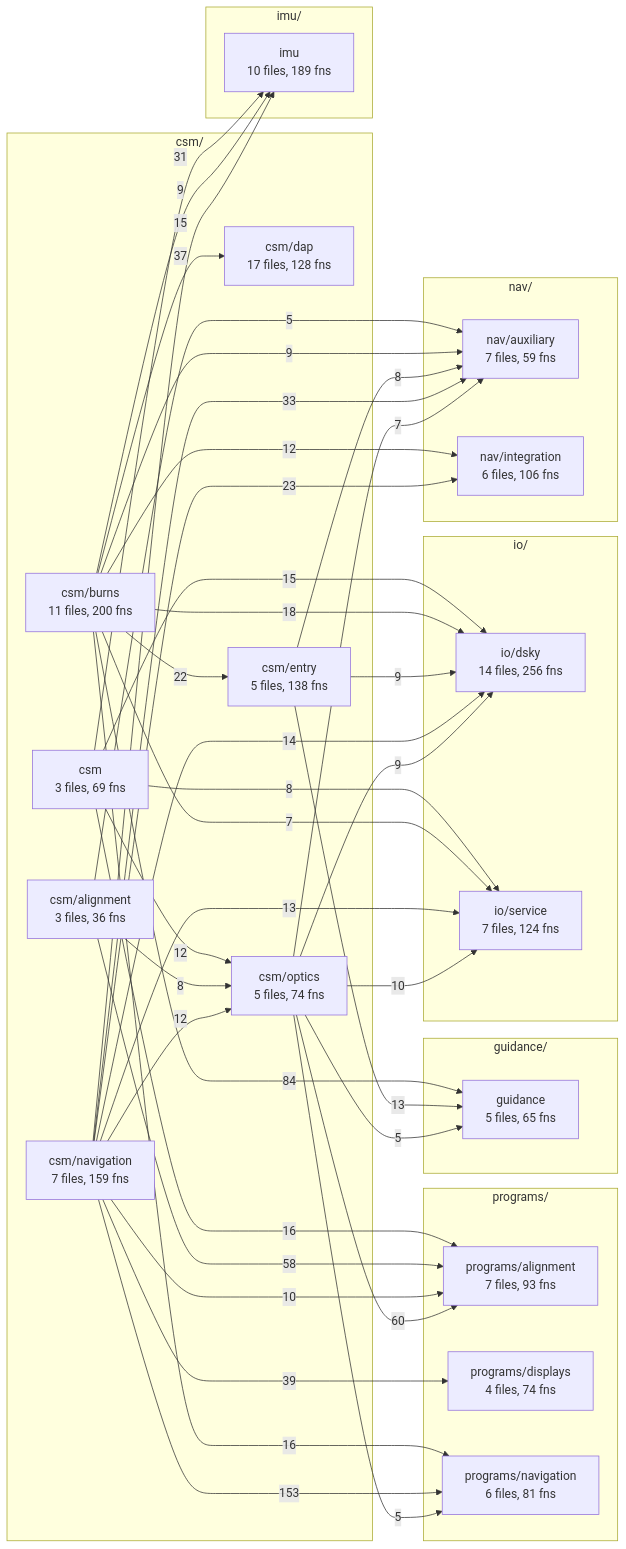
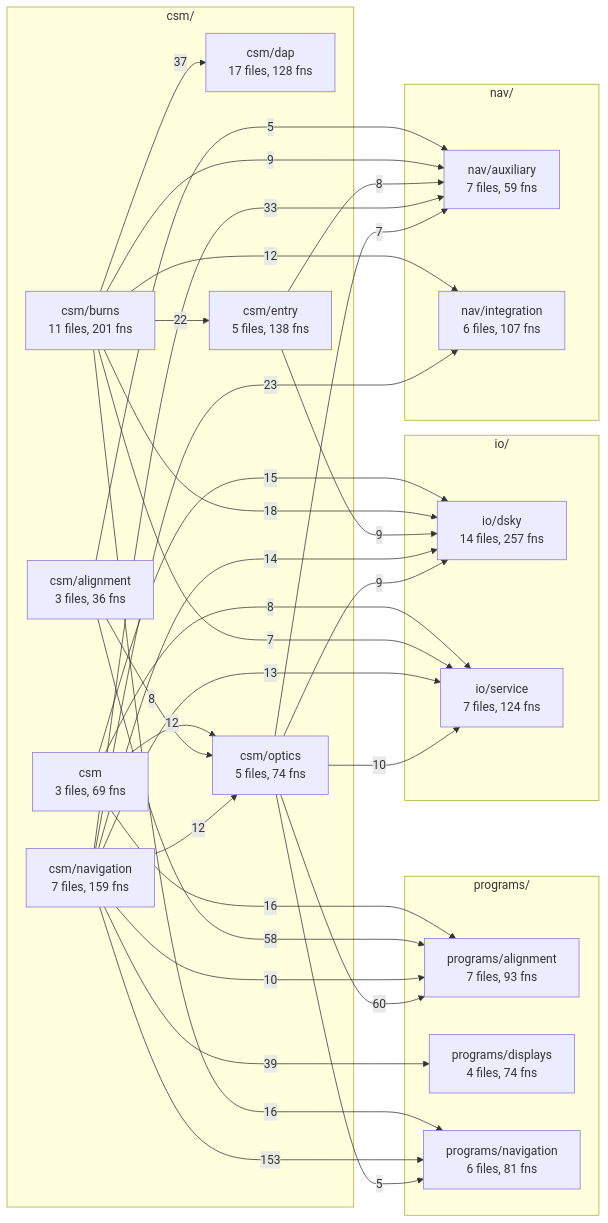
One commit to bobjoe400/apollo-c changed the third of 5 diagrams in docs/overview/README.md. Above: the diagram before and after it, drawn with Mermaid. The commit also changed other lines of this file and 67 other files, not shown here.

First line of the commit message:
document: program-flow sections in every lane note, TIPS by topic, README Status/Documentation, overview and xref regenerated

````diff
--- a/docs/overview/README.md
+++ b/docs/overview/README.md
@@ -397,66 +404,54 @@
 ```mermaid
 flowchart LR
     subgraph csm_layer["csm/"]
         csm["csm<br/>3 files, 69 fns"]
         csm_alignment["csm/alignment<br/>3 files, 36 fns"]
-        csm_burns["csm/burns<br/>11 files, 200 fns"]
+        csm_burns["csm/burns<br/>11 files, 201 fns"]
         csm_dap["csm/dap<br/>17 files, 128 fns"]
         csm_entry["csm/entry<br/>5 files, 138 fns"]
         csm_navigation["csm/navigation<br/>7 files, 159 fns"]
         csm_optics["csm/optics<br/>5 files, 74 fns"]
     end
     subgraph programs_layer["programs/"]
         programs_alignment["programs/alignment<br/>7 files, 93 fns"]
         programs_displays["programs/displays<br/>4 files, 74 fns"]
         programs_navigation["programs/navigation<br/>6 files, 81 fns"]
     end
-    subgraph guidance_layer["guidance/"]
-        guidance["guidance<br/>5 files, 65 fns"]
-    end
     subgraph io_layer["io/"]
-        io_dsky["io/dsky<br/>14 files, 256 fns"]
+        io_dsky["io/dsky<br/>14 files, 257 fns"]
         io_service["io/service<br/>7 files, 124 fns"]
-    end
-    subgraph imu_layer["imu/"]
-        imu["imu<br/>10 files, 189 fns"]
     end
     subgraph nav_layer["nav/"]
         nav_auxiliary["nav/auxiliary<br/>7 files, 59 fns"]
-        nav_integration["nav/integration<br/>6 files, 106 fns"]
+        nav_integration["nav/integration<br/>6 files, 107 fns"]
     end
     csm -->|12| csm_optics
-    csm -->|31| imu
     csm -->|15| io_dsky
     csm -->|8| io_service
     csm -->|16| programs_alignment
     csm_alignment -->|8| csm_optics
     csm_alignment -->|5| nav_auxiliary
     csm_alignment -->|58| programs_alignment
     csm_burns -->|37| csm_dap
     csm_burns -->|22| csm_entry
-    csm_burns -->|84| guidance
-    csm_burns -->|9| imu
     csm_burns -->|18| io_dsky
     csm_burns -->|7| io_service
     csm_burns -->|9| nav_auxiliary
     csm_burns -->|12| nav_integration
     csm_burns -->|16| programs_navigation
-    csm_entry -->|13| guidance
     csm_entry -->|9| io_dsky
     csm_entry -->|8| nav_auxiliary
     csm_navigation -->|12| csm_optics
-    csm_navigation -->|15| imu
     csm_navigation -->|14| io_dsky
     csm_navigation -->|13| io_service
     csm_navigation -->|33| nav_auxiliary
     csm_navigation -->|23| nav_integration
     csm_navigation -->|10| programs_alignment
     csm_navigation -->|39| programs_displays
     csm_navigation -->|153| programs_navigation
-    csm_optics -->|5| guidance
     csm_optics -->|9| io_dsky
     csm_optics -->|10| io_service
     csm_optics -->|7| nav_auxiliary
     csm_optics -->|60| programs_alignment
     csm_optics -->|5| programs_navigation
 ```
````
